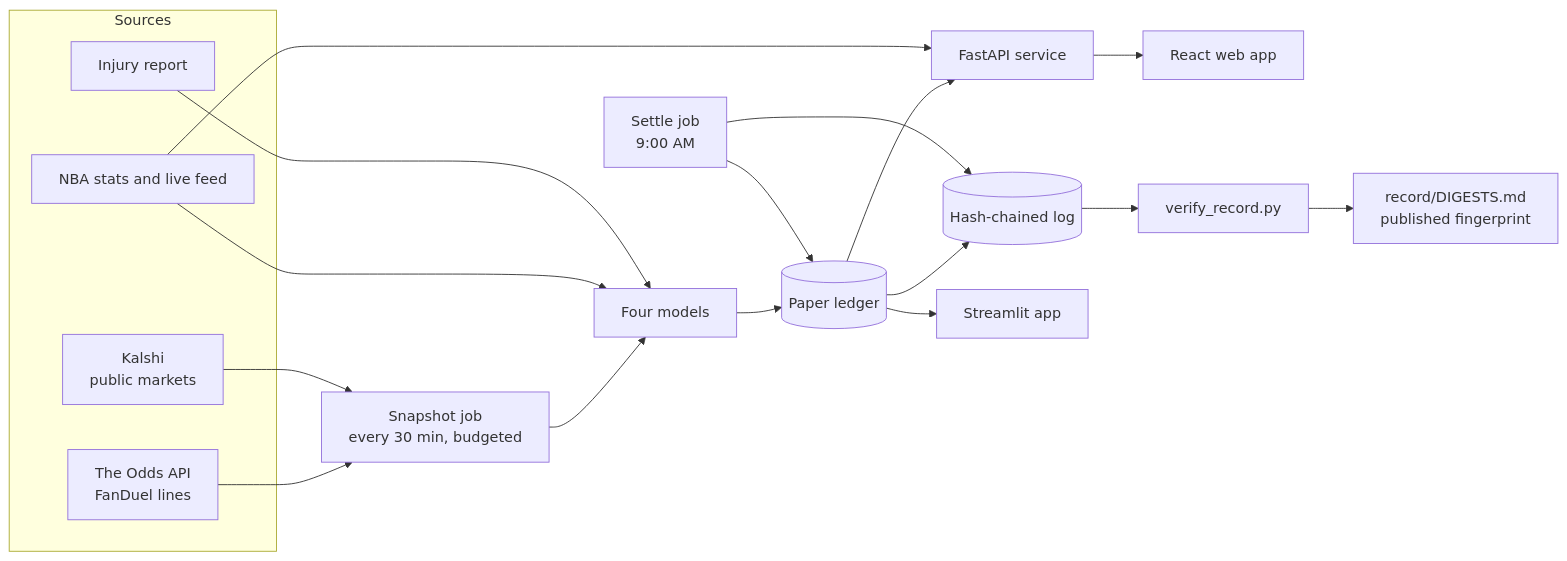
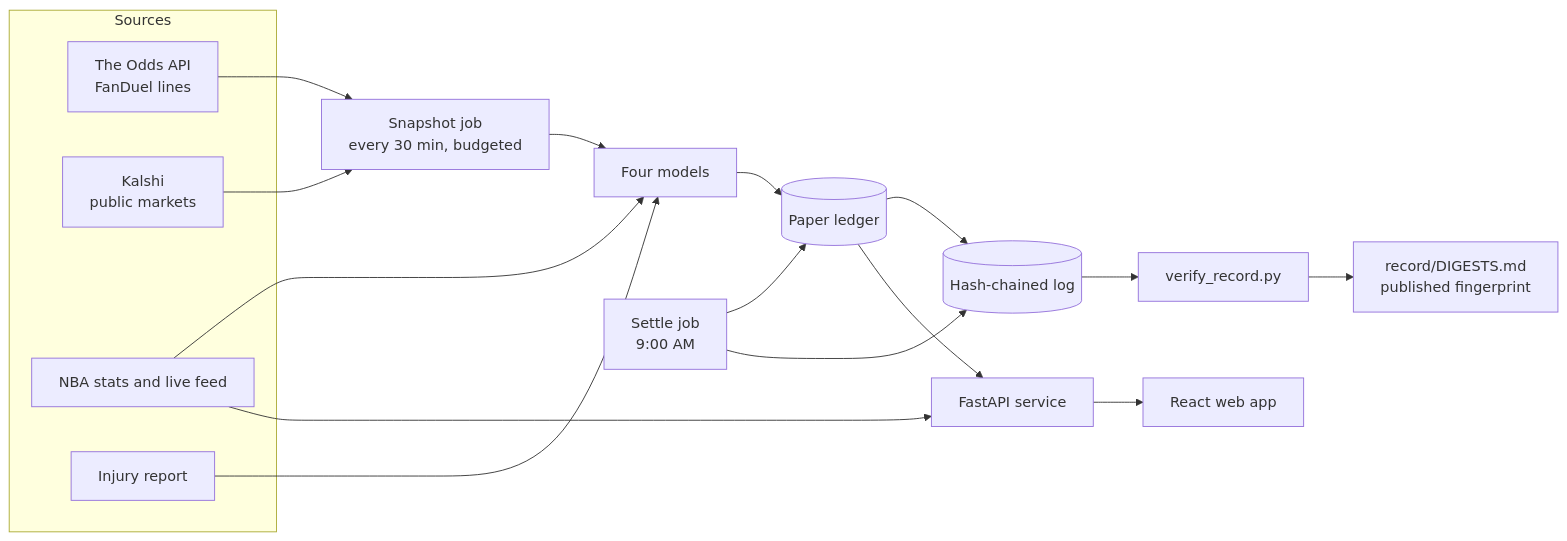
The diagram in README.md (scottdmorris/edgefinder), drawn with Mermaid before and after one commit. The commit also changed other lines of this file and 65 other files, not shown here.

````diff
--- a/README.md
+++ b/README.md
@@ -78,23 +78,22 @@
 ```mermaid
 flowchart LR
     subgraph Sources
         OA[The Odds API<br>FanDuel lines]
         KA[Kalshi<br>public markets]
         NB[NBA stats and live feed]
         EI[Injury report]
     end
     SN[Snapshot job<br>every 30 min, budgeted] --> M[Four models]
     OA --> SN
     KA --> SN
     NB --> M
     EI --> M
     M --> L[(Paper ledger)]
     L --> C[(Hash-chained log)]
     ST[Settle job<br>9:00 AM] --> L
     ST --> C
     L --> API[FastAPI service]
     NB --> API
     API --> WEB[React web app]
-    L --> APP[Streamlit app]
     C --> V[verify_record.py] --> D[record/DIGESTS.md<br>published fingerprint]
 ```
````
